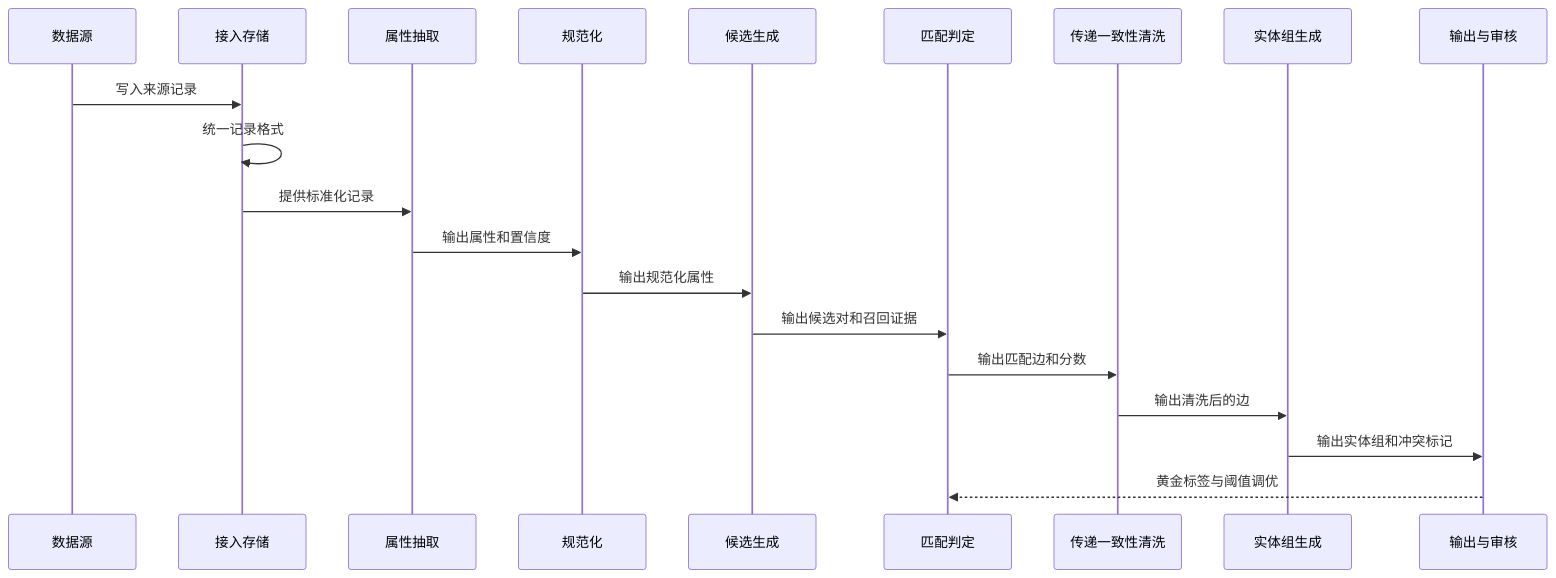
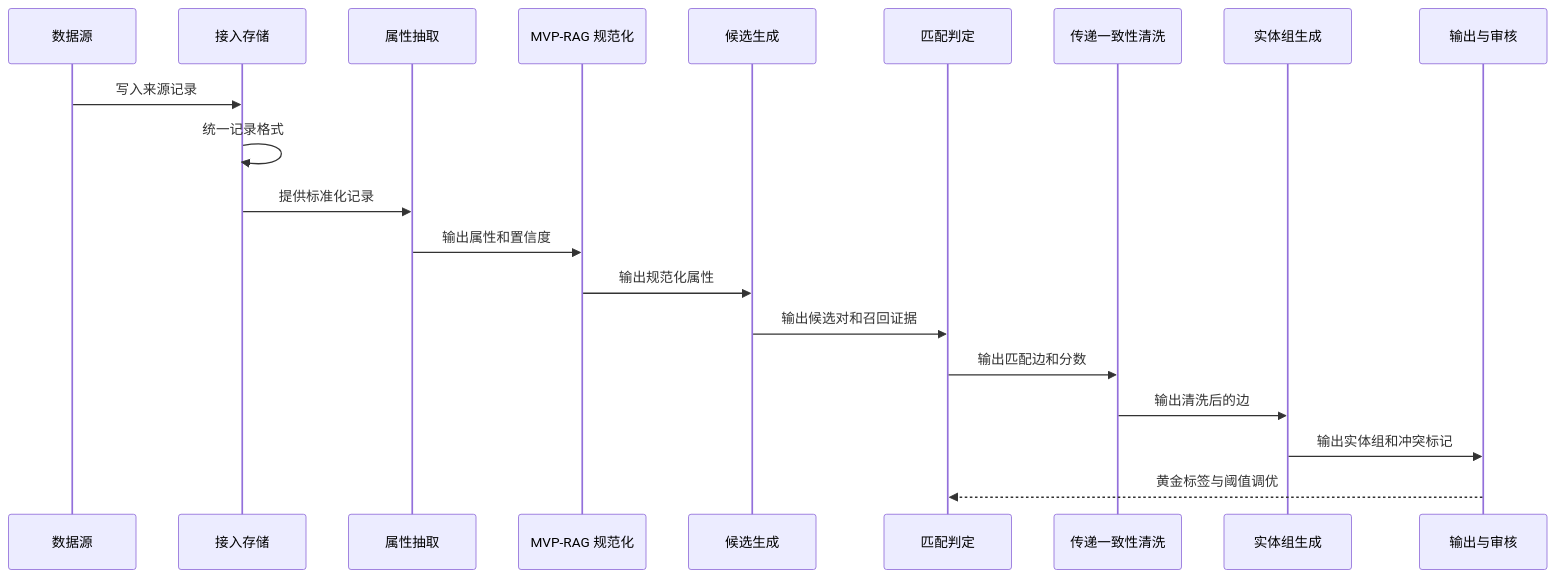
One commit to WorkerXu/my-doc changed the second of 5 diagrams in 多来源商品数据合并系统设计.md. Above: the diagram before and after it, drawn with Mermaid. The commit also changed other lines of this file, not shown here.

Commit message:
设计: 用 MVP-RAG + Qwen3-4B 替代静态属性规范化词表

````diff
--- a/多来源商品数据合并系统设计.md
+++ b/多来源商品数据合并系统设计.md
@@ -64,23 +64,23 @@
 ```mermaid
 sequenceDiagram
     participant SRC as 数据源
     participant ING as 接入存储
     participant EXT as 属性抽取
-    participant NORM as 规范化
+    participant NORM as MVP-RAG 规范化
     participant BLK as 候选生成
     participant MAT as 匹配判定
     participant CLN as 传递一致性清洗
     participant GRP as 实体组生成
     participant OUT as 输出与审核
 
     SRC->>ING: 写入来源记录
     ING->>ING: 统一记录格式
     ING->>EXT: 提供标准化记录
     EXT->>NORM: 输出属性和置信度
     NORM->>BLK: 输出规范化属性
     BLK->>MAT: 输出候选对和召回证据
     MAT->>CLN: 输出匹配边和分数
     CLN->>GRP: 输出清洗后的边
     GRP->>OUT: 输出实体组和冲突标记
     OUT-->>MAT: 黄金标签与阈值调优
 ```
````
